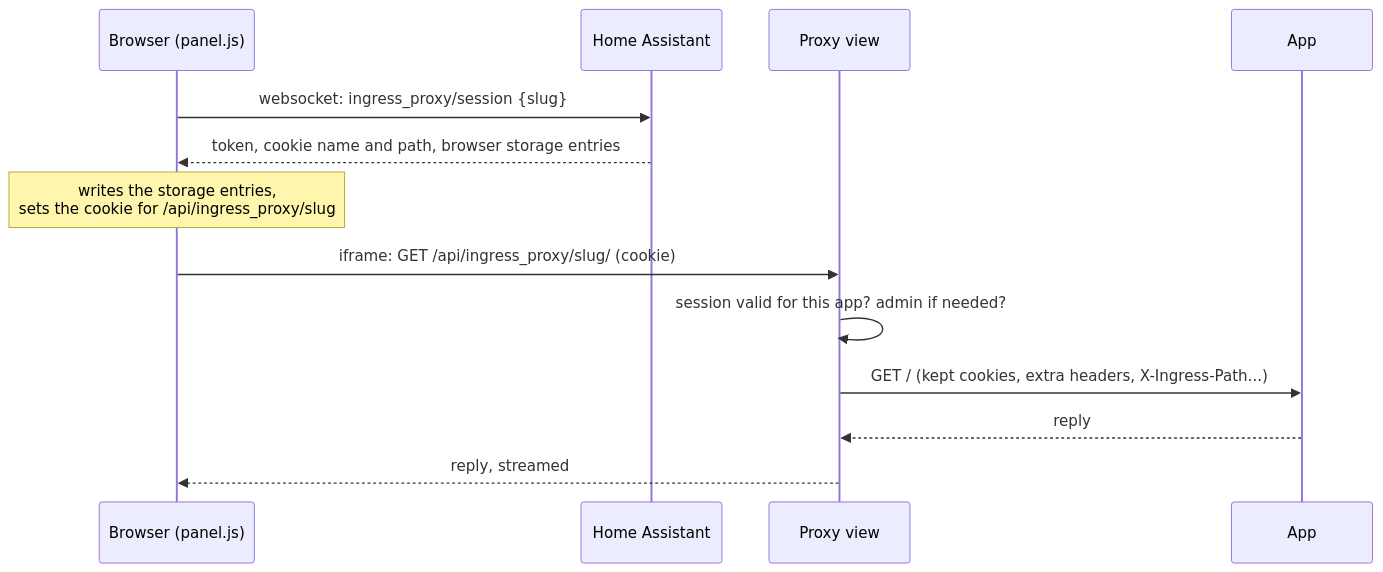
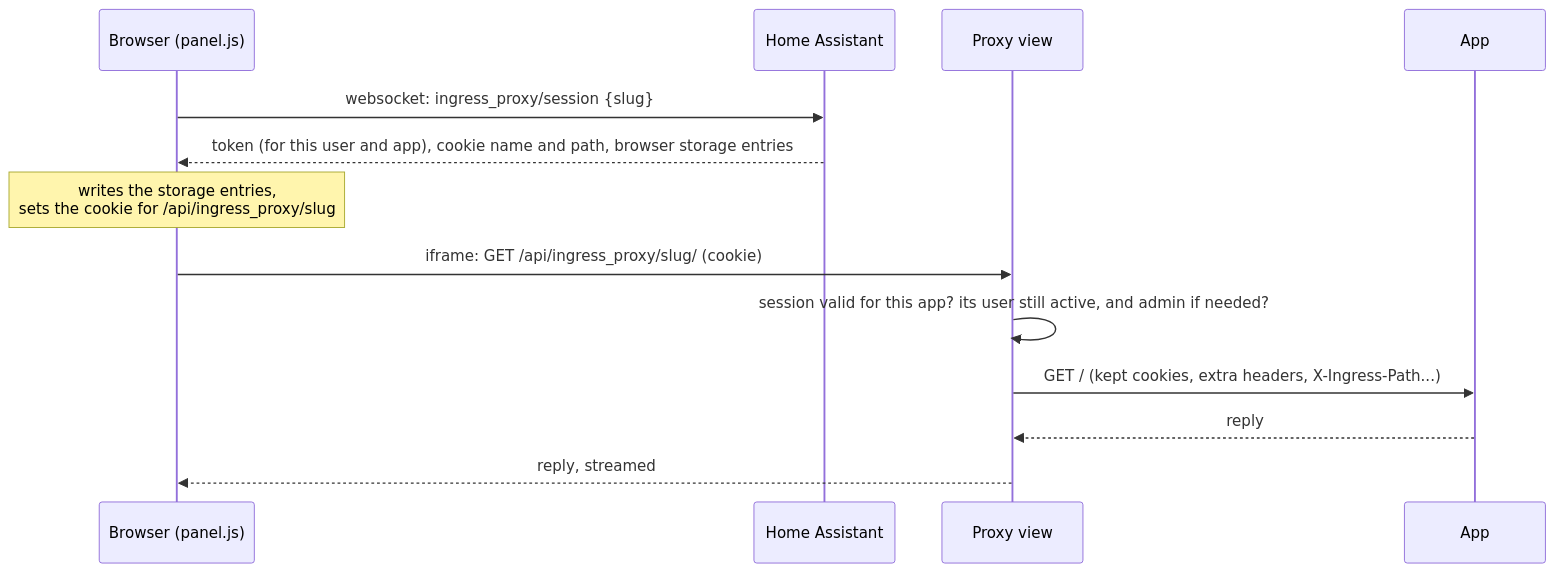
Before and after one commit to soullink9/HA-Marketplace-Ingress-Proxy: the diagram in docs/Development.md, drawn with Mermaid. The commit also changed other lines of this file and 18 other files, not shown here.

````diff
--- a/docs/Development.md
+++ b/docs/Development.md
@@ -28,15 +32,15 @@
 ```mermaid
 sequenceDiagram
     participant B as Browser (panel.js)
     participant HA as Home Assistant
     participant P as Proxy view
     participant A as App
     B->>HA: websocket: ingress_proxy/session {slug}
-    HA-->>B: token, cookie name and path, browser storage entries
+    HA-->>B: token (for this user and app), cookie name and path, browser storage entries
     Note over B: writes the storage entries,<br/>sets the cookie for /api/ingress_proxy/slug
     B->>P: iframe: GET /api/ingress_proxy/slug/ (cookie)
-    P->>P: session valid for this app? admin if needed?
+    P->>P: session valid for this app? its user still active, and admin if needed?
     P->>A: GET / (kept cookies, extra headers, X-Ingress-Path...)
     A-->>P: reply
     P-->>B: reply, streamed
 ```
````
